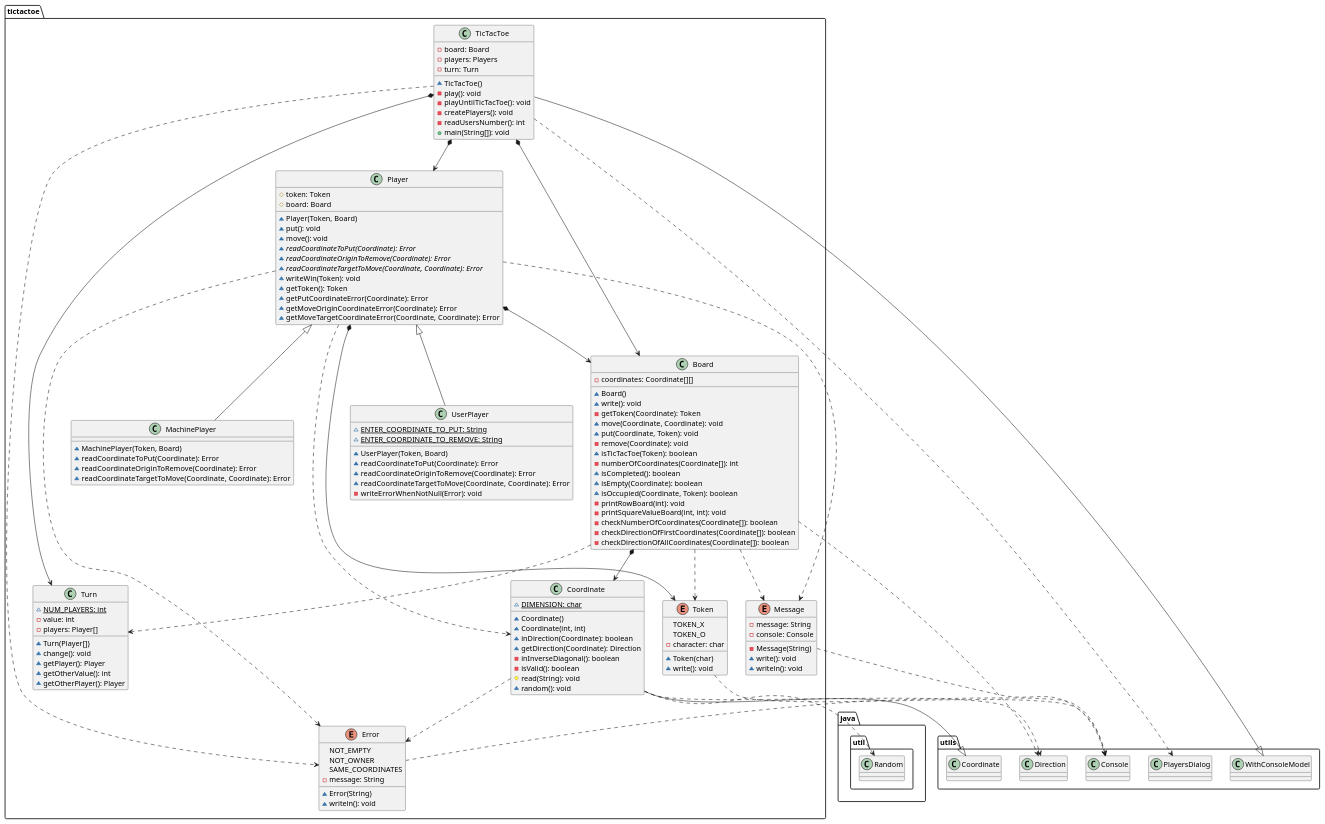
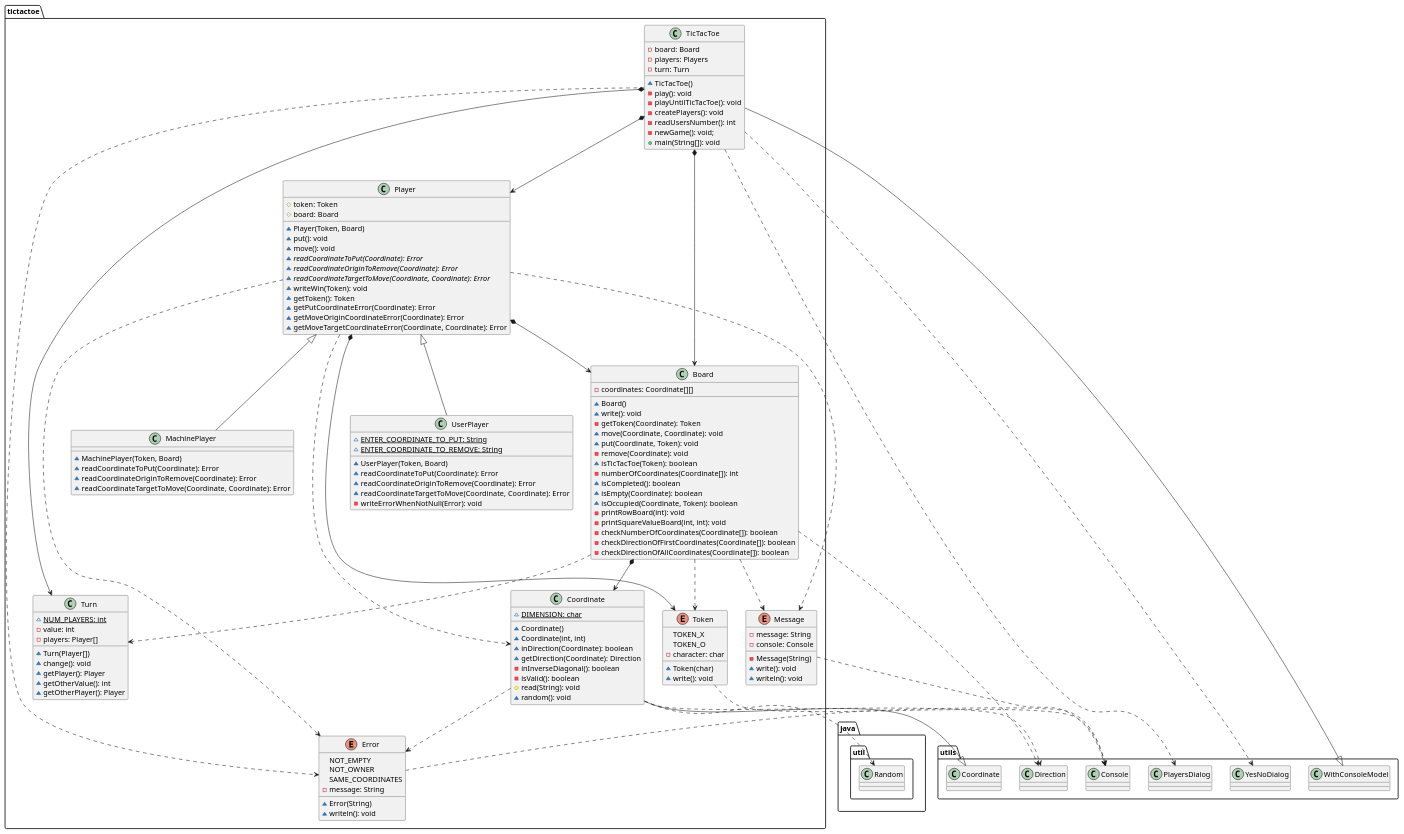
Before and after one commit to x-USantaTecla-game-ticTacToe/java: the second of 4 diagrams in docs/src/docs/asciidoc/index.adoc, drawn with PlantUML. The commit also changed other lines of this file and 8 other files, not shown here.

```diff
--- a/docs/src/docs/asciidoc/index.adoc
+++ b/docs/src/docs/asciidoc/index.adoc
@@ -148,11 +148,13 @@
 - playUntilTicTacToe(): void
 - createPlayers(): void
 - readUsersNumber(): int
+- newGame(): void;
 + main(String[]): void
 }
 utils.WithConsoleModel <|-down- tictactoe.TicTacToe
 tictactoe.TicTacToe ..> tictactoe.Error
 tictactoe.TicTacToe ..> utils.PlayersDialog
+tictactoe.TicTacToe ..> utils.YesNoDialog
 tictactoe.TicTacToe *-down-> tictactoe.Board
 tictactoe.TicTacToe *-down-> tictactoe.Player
 tictactoe.TicTacToe *-down-> tictactoe.Turn
```
